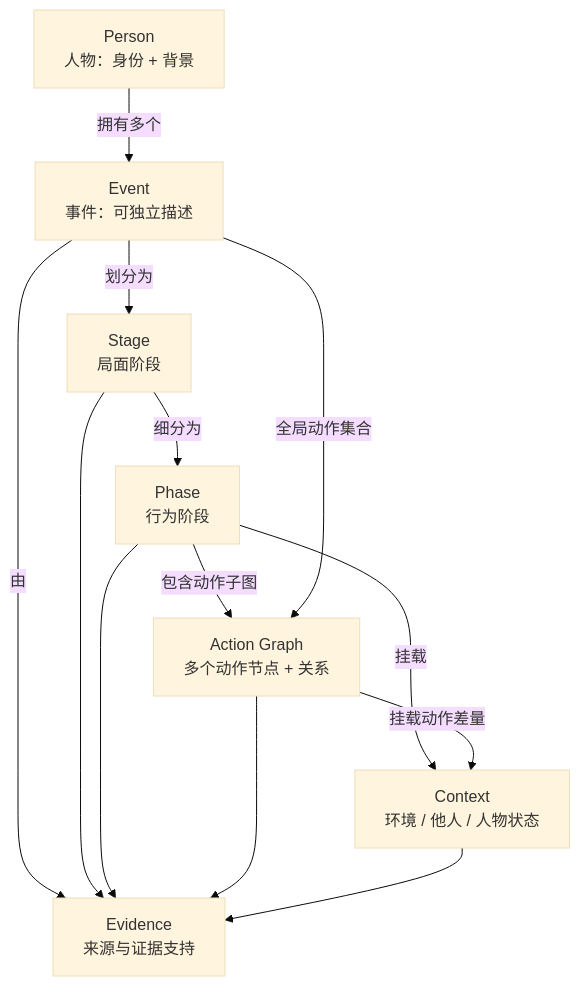
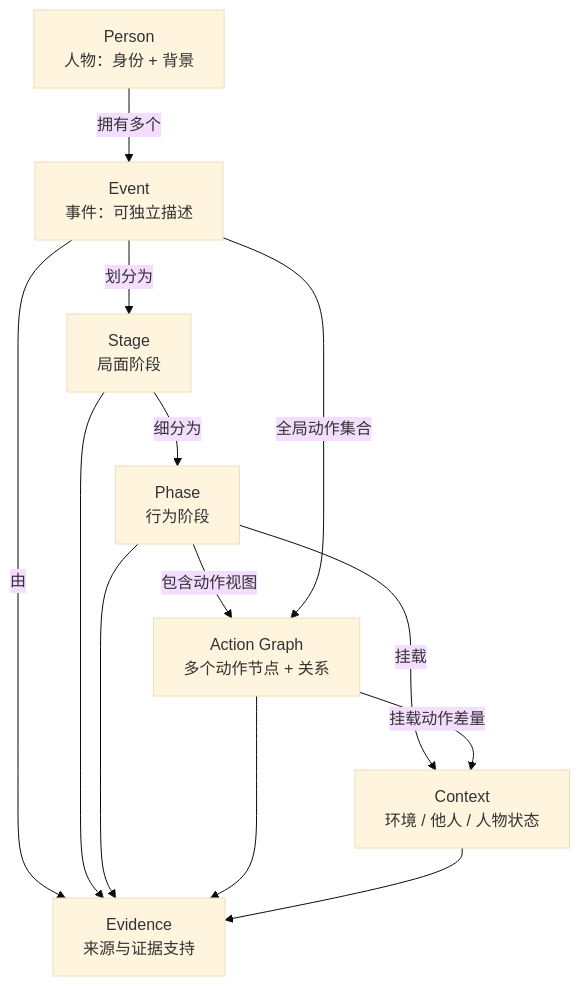
The second of 3 diagrams in docs/structures/0-overview.md (AgenticFinLab/FinMycelium), drawn with Mermaid (base theme) before and after one commit. The commit also changed other lines of this file and 8 other files, not shown here.

````diff
--- a/docs/structures/0-overview.md
+++ b/docs/structures/0-overview.md
@@ -57,15 +59,15 @@
 ```mermaid
 flowchart TB
     P["Person<br/>人物：身份 + 背景"] -->|拥有多个| E["Event<br/>事件：可独立描述"]
     E -->|划分为| S["Stage<br/>局面阶段"]
     S -->|细分为| PH["Phase<br/>行为阶段"]
-    PH -->|包含动作子图| G["Action Graph<br/>多个动作节点 + 关系"]
+    PH -->|包含动作视图| G["Action Graph<br/>多个动作节点 + 关系"]
     E -->|全局动作集合| G
     PH -->|挂载| C["Context<br/>环境 / 他人 / 人物状态"]
     G -->|挂载动作差量| C
     E -->|由| EV["Evidence<br/>来源与证据支持"]
     S --> EV
     PH --> EV
     G --> EV
     C --> EV
 ```
````
